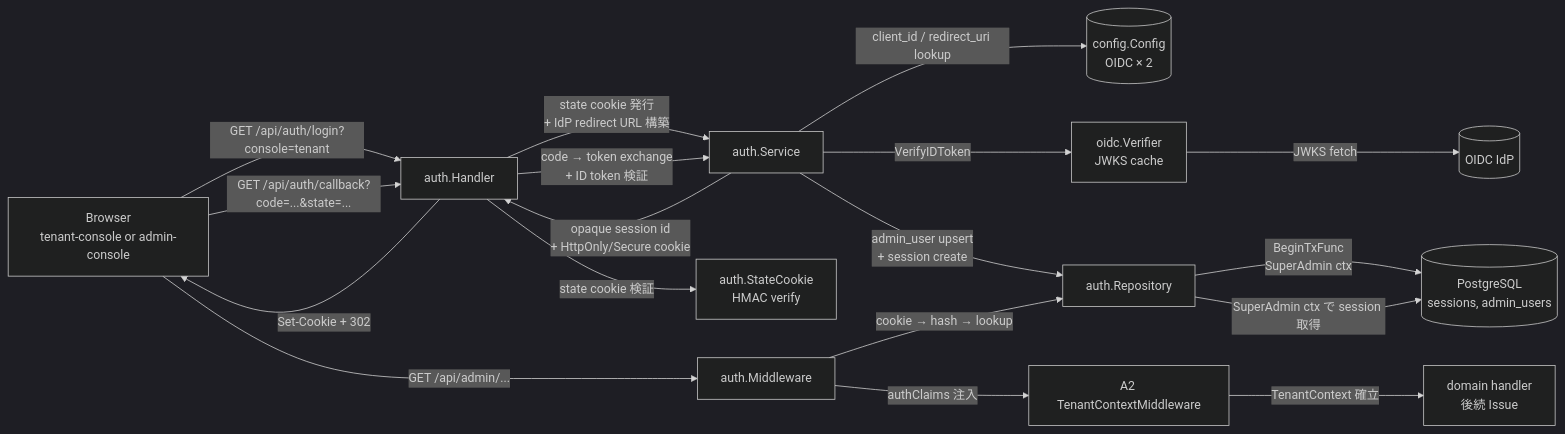
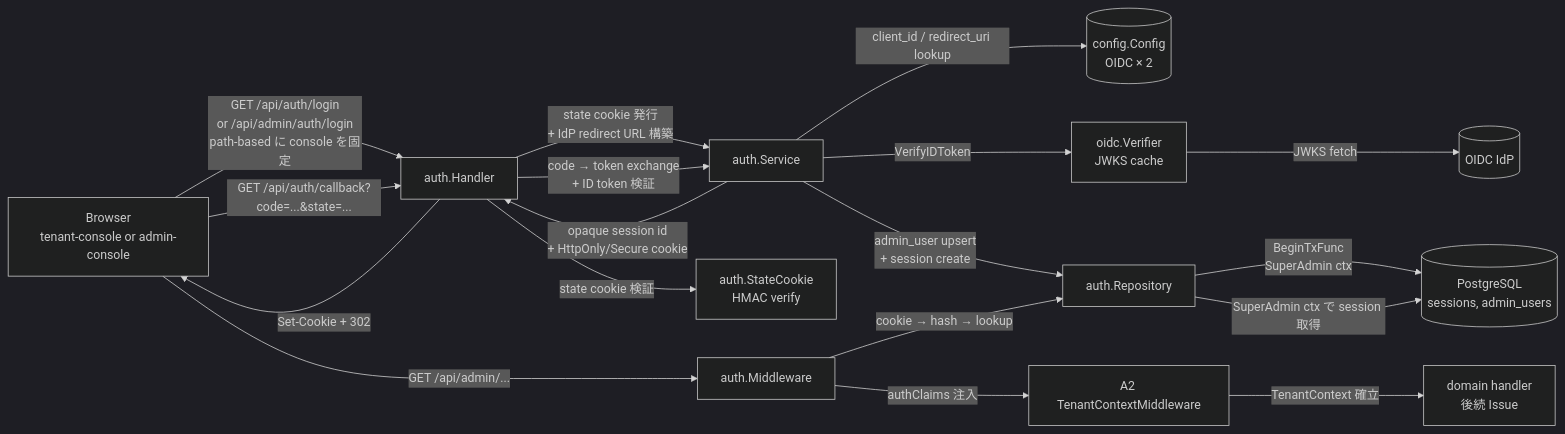
Before and after one commit to hitoshiichikawa/ae-mdm: the first of 6 diagrams in docs/specs/33--a3a-oidc-verifier-session/design.md, drawn with Mermaid (dark theme). The commit also changed other lines of this file and 1 other file, not shown here.

````diff
--- a/docs/specs/33--a3a-oidc-verifier-session/design.md
+++ b/docs/specs/33--a3a-oidc-verifier-session/design.md
@@ -104,21 +104,21 @@
 ```mermaid
 flowchart LR
-    Browser[Browser<br/>tenant-console or admin-console] -->|GET /api/auth/login?console=tenant| Handler
+    Browser[Browser<br/>tenant-console or admin-console] -->|GET /api/auth/login<br/>or /api/admin/auth/login<br/>path-based に console を固定| Handler
     Handler[auth.Handler] -->|state cookie 発行<br/>+ IdP redirect URL 構築| Service
     Service[auth.Service] -->|client_id / redirect_uri lookup| Cfg[(config.Config<br/>OIDC × 2)]
     Browser -->|GET /api/auth/callback?code=...&state=...| Handler
     Handler -->|state cookie 検証| StateCookie[auth.StateCookie<br/>HMAC verify]
     Handler -->|code → token exchange<br/>+ ID token 検証| Service
     Service -->|VerifyIDToken| Verifier[oidc.Verifier<br/>JWKS cache]
     Verifier -->|JWKS fetch| IdP[(OIDC IdP)]
     Service -->|admin_user upsert<br/>+ session create| Repo[auth.Repository]
     Repo -->|BeginTxFunc<br/>SuperAdmin ctx| DB[(PostgreSQL<br/>sessions, admin_users)]
     Service -->|opaque session id<br/>+ HttpOnly/Secure cookie| Handler
     Handler -->|Set-Cookie + 302| Browser
 
     Browser -->|GET /api/admin/...| AuthMW[auth.Middleware]
     AuthMW -->|cookie → hash → lookup| Repo
     Repo -->|SuperAdmin ctx で session 取得| DB
     AuthMW -->|authClaims 注入| TenantCtxMW[A2 TenantContextMiddleware]
     TenantCtxMW -->|TenantContext 確立| NextHandler[domain handler<br/>後続 Issue]
 ```
````
